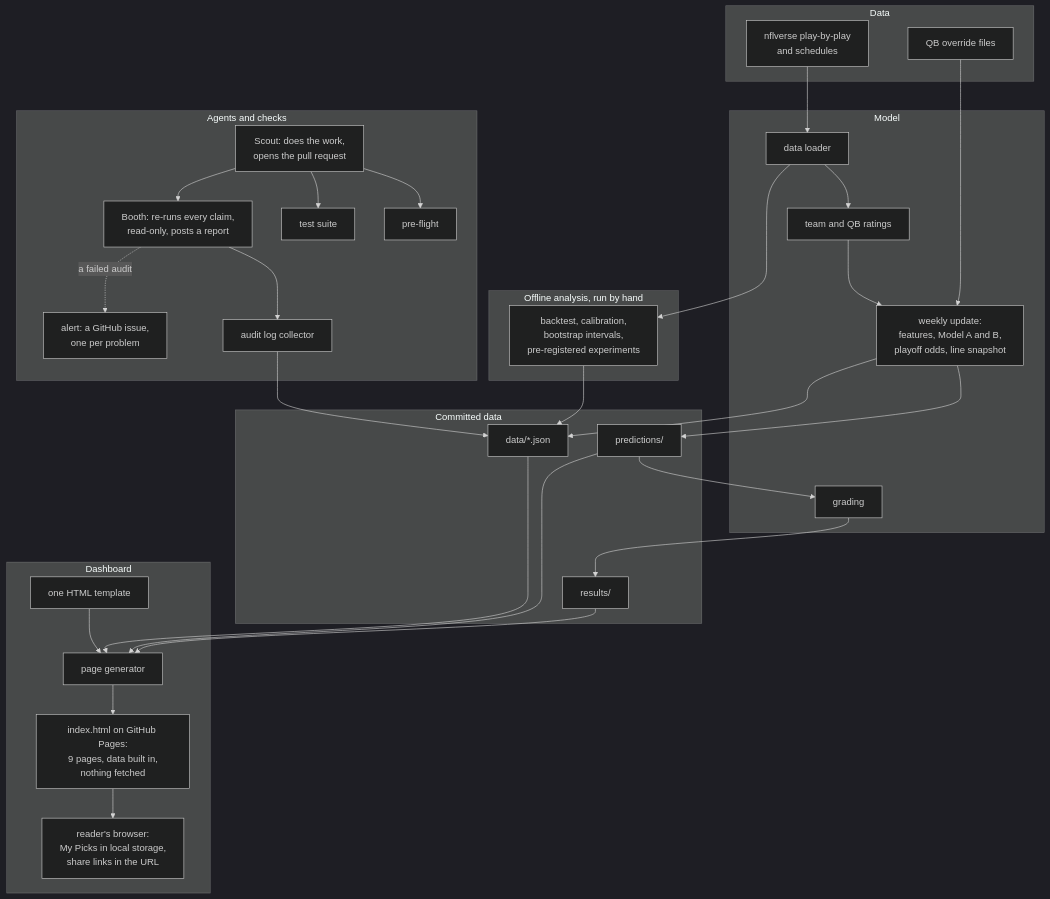
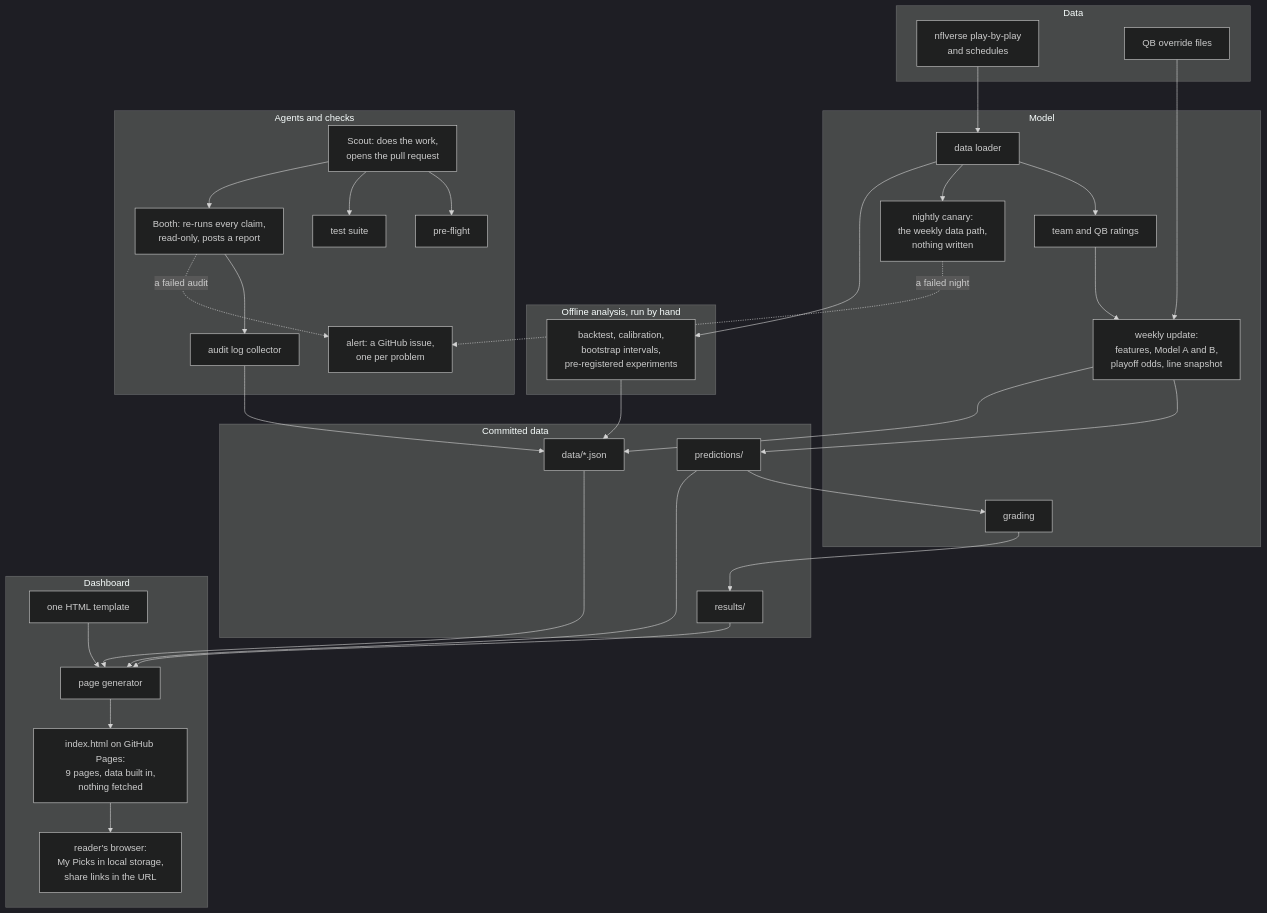
One commit to lifeisgreat07/NFL-Model-2 changed the diagram in docs/architecture.md. Above: the diagram before and after it, drawn with Mermaid (dark theme). The commit also changed other lines of this file and 10 other files, not shown here.

````diff
--- a/docs/architecture.md
+++ b/docs/architecture.md
@@ -7,58 +7,61 @@
 ```mermaid
 flowchart TB
   subgraph DATA["Data"]
     NFL["nflverse play-by-play<br/>and schedules"]
     OVR["QB override files"]
   end
 
   subgraph MODEL["Model"]
     LOAD["data loader"]
     RATE["team and QB ratings"]
     WEEK["weekly update:<br/>features, Model A and B,<br/>playoff odds, line snapshot"]
     GRADE["grading"]
+    CANARY["nightly canary:<br/>the weekly data path,<br/>nothing written"]
   end
 
   subgraph STORE["Committed data"]
     PRED["predictions/"]
     RES["results/"]
     DJ["data/*.json"]
   end
 
   subgraph ANALYSIS["Offline analysis, run by hand"]
     BT["backtest, calibration,<br/>bootstrap intervals,<br/>pre-registered experiments"]
   end
 
   subgraph AGENTS["Agents and checks"]
     SCOUT["Scout: does the work,<br/>opens the pull request"]
     PRE["pre-flight"]
     TESTS["test suite"]
     BOOTH["Booth: re-runs every claim,<br/>read-only, posts a report"]
     LOG["audit log collector"]
     ALERT["alert: a GitHub issue,<br/>one per problem"]
   end
 
   subgraph UI["Dashboard"]
     GEN["page generator"]
     TPL["one HTML template"]
     PAGE["index.html on GitHub Pages:<br/>9 pages, data built in,<br/>nothing fetched"]
     BROWSER["reader's browser:<br/>My Picks in local storage,<br/>share links in the URL"]
   end
 
   NFL --> LOAD --> RATE --> WEEK
   OVR --> WEEK
+  LOAD --> CANARY
+  CANARY -. a failed night .-> ALERT
   WEEK --> PRED
   WEEK --> DJ
   PRED --> GRADE --> RES
   LOAD --> BT --> DJ
 
   SCOUT --> PRE
   SCOUT --> TESTS
   SCOUT --> BOOTH
   BOOTH --> LOG --> DJ
   BOOTH -. a failed audit .-> ALERT
 
   PRED --> GEN
   RES --> GEN
   DJ --> GEN
   TPL --> GEN --> PAGE --> BROWSER
 ```
````
